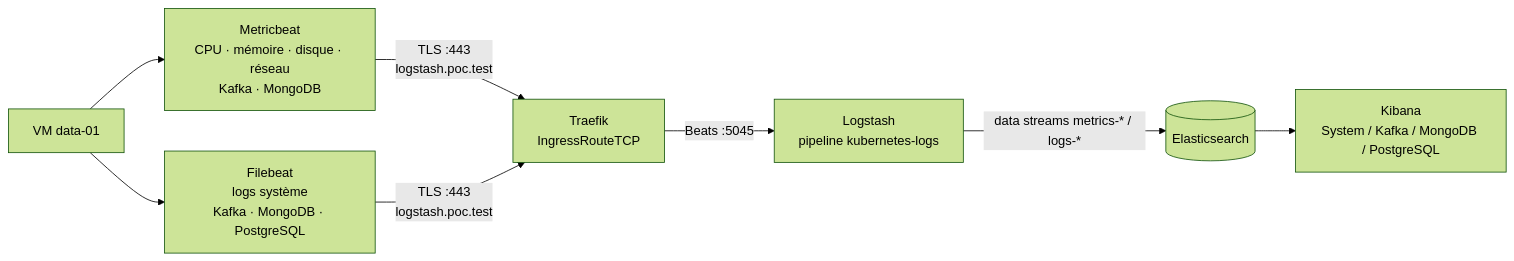
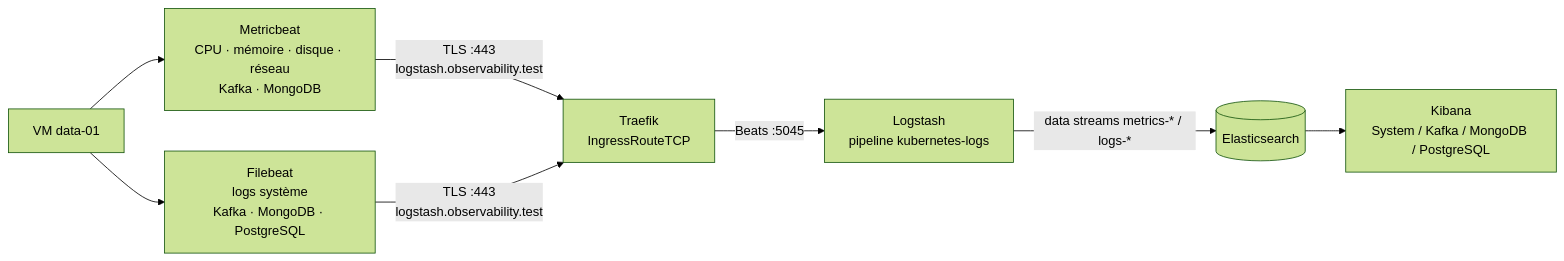
Before and after one commit to elkouhen/systemlens-observability-lab: the second of 6 diagrams in docs/observability-flows-v1-v2.md, drawn with Mermaid (forest theme). The commit also changed 59 other files, not shown here.

````diff
--- a/docs/observability-flows-v1-v2.md
+++ b/docs/observability-flows-v1-v2.md
@@ -22,10 +22,10 @@
 ```mermaid
 flowchart LR
     S[VM data-01] --> MB[Metricbeat\nCPU · mémoire · disque · réseau\nKafka · MongoDB]
     S --> FB[Filebeat\nlogs système\nKafka · MongoDB · PostgreSQL]
-    MB -->|TLS :443\nlogstash.poc.test| T[Traefik\nIngressRouteTCP]
-    FB -->|TLS :443\nlogstash.poc.test| T
+    MB -->|TLS :443\nlogstash.observability.test| T[Traefik\nIngressRouteTCP]
+    FB -->|TLS :443\nlogstash.observability.test| T
     T -->|Beats :5045| L[Logstash\npipeline kubernetes-logs]
     L -->|data streams metrics-* / logs-*| E[(Elasticsearch)]
     E --> K[Kibana\nSystem / Kafka / MongoDB / PostgreSQL]
 ```
````
